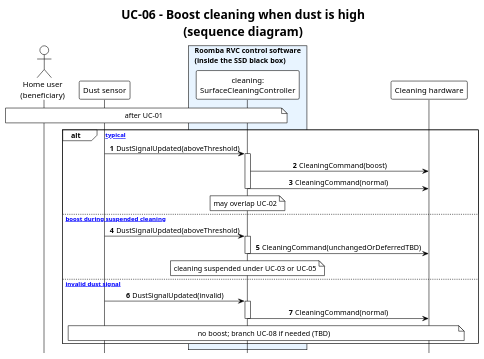
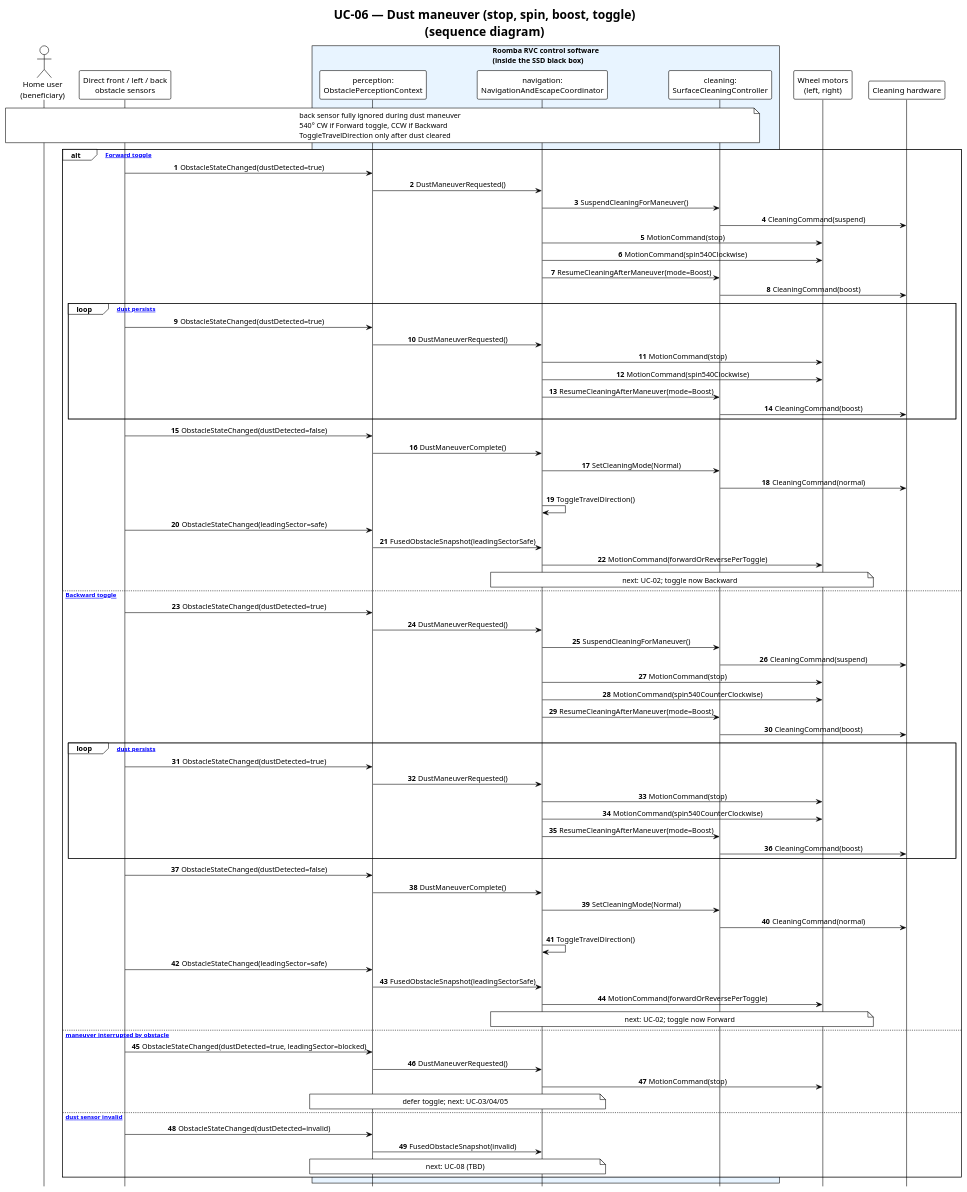
The diagram in 2nd ooad/03_diagrams/sd/UC06_sequence.puml (Deilise/OOAD-with-AI), drawn with PlantUML before and after one commit. The commit also changed 101 other files, not shown here.

First line of the commit message:
Align RVC stack to SRS/use-case v0.7.2 (travelToggle, back sensor, dust maneuver).

```diff
--- a/2nd ooad/03_diagrams/sd/UC06_sequence.puml
+++ b/2nd ooad/03_diagrams/sd/UC06_sequence.puml
@@ -1,41 +1,86 @@
 @startuml UC06_sequence
 !theme plain
 hide footbox
 skinparam sequenceMessageAlign center
 skinparam responseMessageBelowArrow true
 skinparam BoxPadding 10
 autonumber
 
-title UC-06 - Boost cleaning when dust is high\n(sequence diagram)
+title UC-06 — Dust maneuver (stop, spin, boost, toggle)\n(sequence diagram)
 
 actor "Home user\n(beneficiary)" as User
-participant "Dust sensor" as Dust
+participant "Direct front / left / back\nobstacle sensors" as Obs
 box "Roomba RVC control software\n(inside the SSD black box)" #E8F4FF
+  participant "perception:\nObstaclePerceptionContext" as Perception
+  participant "navigation:\nNavigationAndEscapeCoordinator" as Nav
   participant "cleaning:\nSurfaceCleaningController" as Clean
 end box
+participant "Wheel motors\n(left, right)" as Motors
 participant "Cleaning hardware" as CleanHW
 
-note over User, Clean : after UC-01
+note over User, Clean : back sensor fully ignored during dust maneuver\n540° CW if Forward toggle, CCW if Backward\nToggleTravelDirection only after dust cleared
 
-alt [typical]
-  Dust -> Clean : DustSignalUpdated(aboveThreshold)
-  activate Clean
+alt [typical Forward toggle]
+  Obs -> Perception : ObstacleStateChanged(dustDetected=true)
+  Perception -> Nav : DustManeuverRequested()
+  Nav -> Clean : SuspendCleaningForManeuver()
+  Clean -> CleanHW : CleaningCommand(suspend)
+  Nav -> Motors : MotionCommand(stop)
+  Nav -> Motors : MotionCommand(spin540Clockwise)
+  Nav -> Clean : ResumeCleaningAfterManeuver(mode=Boost)
   Clean -> CleanHW : CleaningCommand(boost)
+  loop [while dust persists]
+    Obs -> Perception : ObstacleStateChanged(dustDetected=true)
+    Perception -> Nav : DustManeuverRequested()
+    Nav -> Motors : MotionCommand(stop)
+    Nav -> Motors : MotionCommand(spin540Clockwise)
+    Nav -> Clean : ResumeCleaningAfterManeuver(mode=Boost)
+    Clean -> CleanHW : CleaningCommand(boost)
+  end
+  Obs -> Perception : ObstacleStateChanged(dustDetected=false)
+  Perception -> Nav : DustManeuverComplete()
+  Nav -> Clean : SetCleaningMode(Normal)
   Clean -> CleanHW : CleaningCommand(normal)
-  deactivate Clean
-  note over Clean : may overlap UC-02
-else [A1 boost during suspended cleaning]
-  Dust -> Clean : DustSignalUpdated(aboveThreshold)
-  activate Clean
-  Clean -> CleanHW : CleaningCommand(unchangedOrDeferredTBD)
-  deactivate Clean
-  note over Clean : cleaning suspended under UC-03 or UC-05
-else [E1 invalid dust signal]
-  Dust -> Clean : DustSignalUpdated(invalid)
-  activate Clean
+  Nav -> Nav : ToggleTravelDirection()
+  Obs -> Perception : ObstacleStateChanged(leadingSector=safe)
+  Perception -> Nav : FusedObstacleSnapshot(leadingSectorSafe)
+  Nav -> Motors : MotionCommand(forwardOrReversePerToggle)
+  note over Nav, Motors : next: UC-02; toggle now Backward
+else [typical Backward toggle]
+  Obs -> Perception : ObstacleStateChanged(dustDetected=true)
+  Perception -> Nav : DustManeuverRequested()
+  Nav -> Clean : SuspendCleaningForManeuver()
+  Clean -> CleanHW : CleaningCommand(suspend)
+  Nav -> Motors : MotionCommand(stop)
+  Nav -> Motors : MotionCommand(spin540CounterClockwise)
+  Nav -> Clean : ResumeCleaningAfterManeuver(mode=Boost)
+  Clean -> CleanHW : CleaningCommand(boost)
+  loop [while dust persists]
+    Obs -> Perception : ObstacleStateChanged(dustDetected=true)
+    Perception -> Nav : DustManeuverRequested()
+    Nav -> Motors : MotionCommand(stop)
+    Nav -> Motors : MotionCommand(spin540CounterClockwise)
+    Nav -> Clean : ResumeCleaningAfterManeuver(mode=Boost)
+    Clean -> CleanHW : CleaningCommand(boost)
+  end
+  Obs -> Perception : ObstacleStateChanged(dustDetected=false)
+  Perception -> Nav : DustManeuverComplete()
+  Nav -> Clean : SetCleaningMode(Normal)
   Clean -> CleanHW : CleaningCommand(normal)
-  deactivate Clean
-  note over Dust, CleanHW : no boost; branch UC-08 if needed (TBD)
+  Nav -> Nav : ToggleTravelDirection()
+  Obs -> Perception : ObstacleStateChanged(leadingSector=safe)
+  Perception -> Nav : FusedObstacleSnapshot(leadingSectorSafe)
+  Nav -> Motors : MotionCommand(forwardOrReversePerToggle)
+  note over Nav, Motors : next: UC-02; toggle now Forward
+else [A1 maneuver interrupted by obstacle]
+  Obs -> Perception : ObstacleStateChanged(dustDetected=true, leadingSector=blocked)
+  Perception -> Nav : DustManeuverRequested()
+  Nav -> Motors : MotionCommand(stop)
+  note over Perception, Nav : defer toggle; next: UC-03/04/05
+else [E1 dust sensor invalid]
+  Obs -> Perception : ObstacleStateChanged(dustDetected=invalid)
+  Perception -> Nav : FusedObstacleSnapshot(invalid)
+  note over Perception, Nav : next: UC-08 (TBD)
 end
 
 @enduml
```
